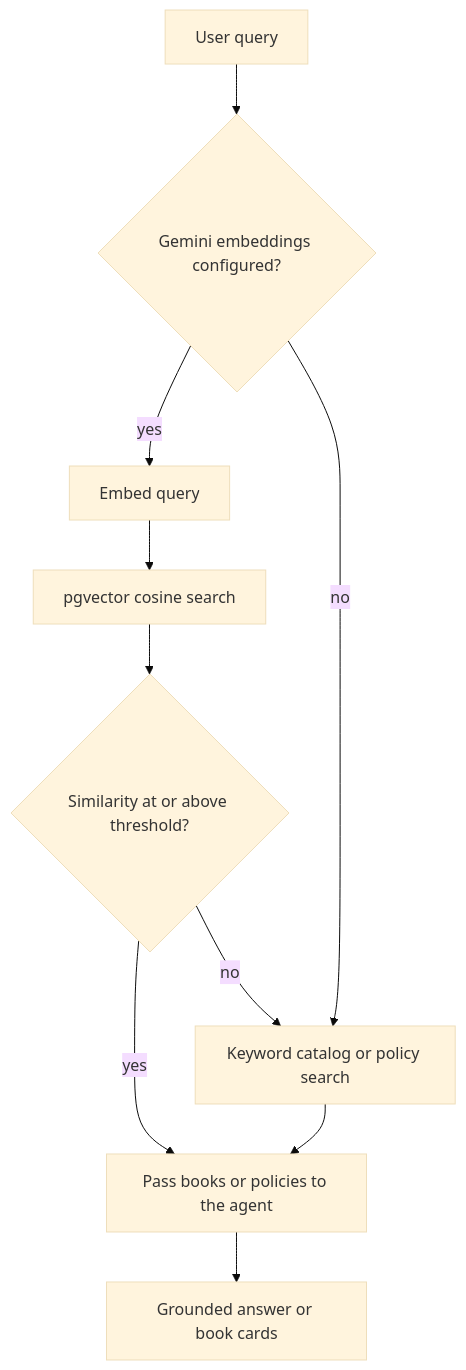
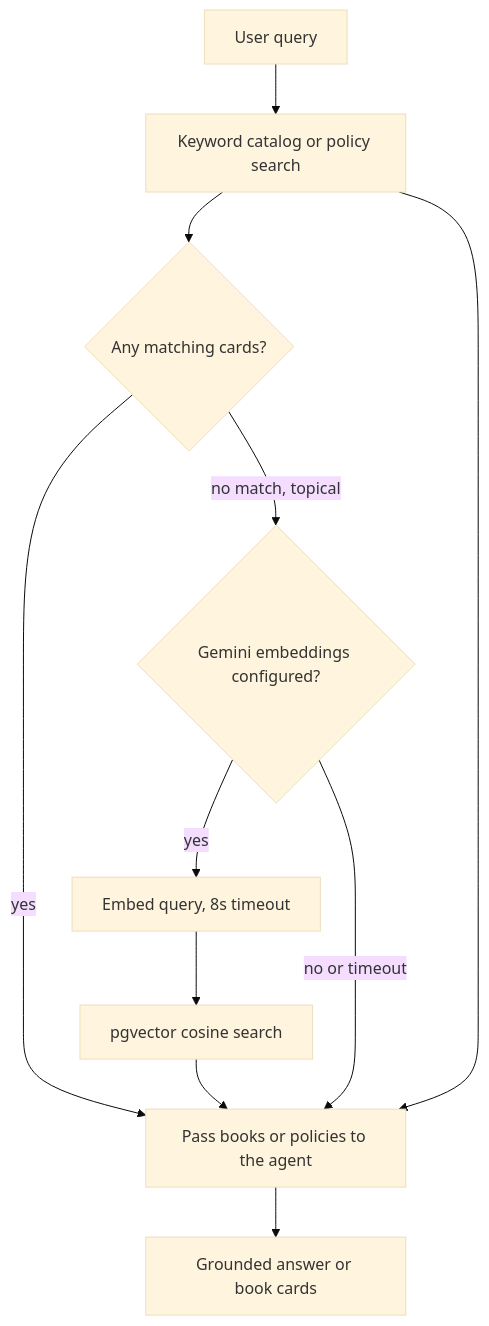
Before and after one commit to ssk033/multi-agent-system-Library-management: the second of 5 diagrams in docs/AGENT_WORKFLOWS.md, drawn with Mermaid (base theme). The commit also changed other lines of this file and 13 other files, not shown here.

````diff
--- a/docs/AGENT_WORKFLOWS.md
+++ b/docs/AGENT_WORKFLOWS.md
@@ -36,12 +36,13 @@
 ```mermaid
 flowchart TD
-  query[User query] --> embed{Gemini embeddings configured?}
-  embed -->|yes| vector[Embed query]
+  query[User query] --> keyword[Keyword catalog or policy search]
+  keyword --> hit{Any matching cards?}
+  hit -->|yes| context[Pass books or policies to the agent]
+  hit -->|no match, topical| embed{Gemini embeddings configured?}
+  embed -->|yes| vector[Embed query, 8s timeout]
   vector --> search[pgvector cosine search]
-  search --> threshold{Similarity at or above threshold?}
-  threshold -->|yes| context[Pass books or policies to the agent]
-  threshold -->|no| keyword[Keyword catalog or policy search]
-  embed -->|no| keyword
+  search --> context
+  embed -->|no or timeout| context
   keyword --> context
   context --> answer[Grounded answer or book cards]
 ```
````
